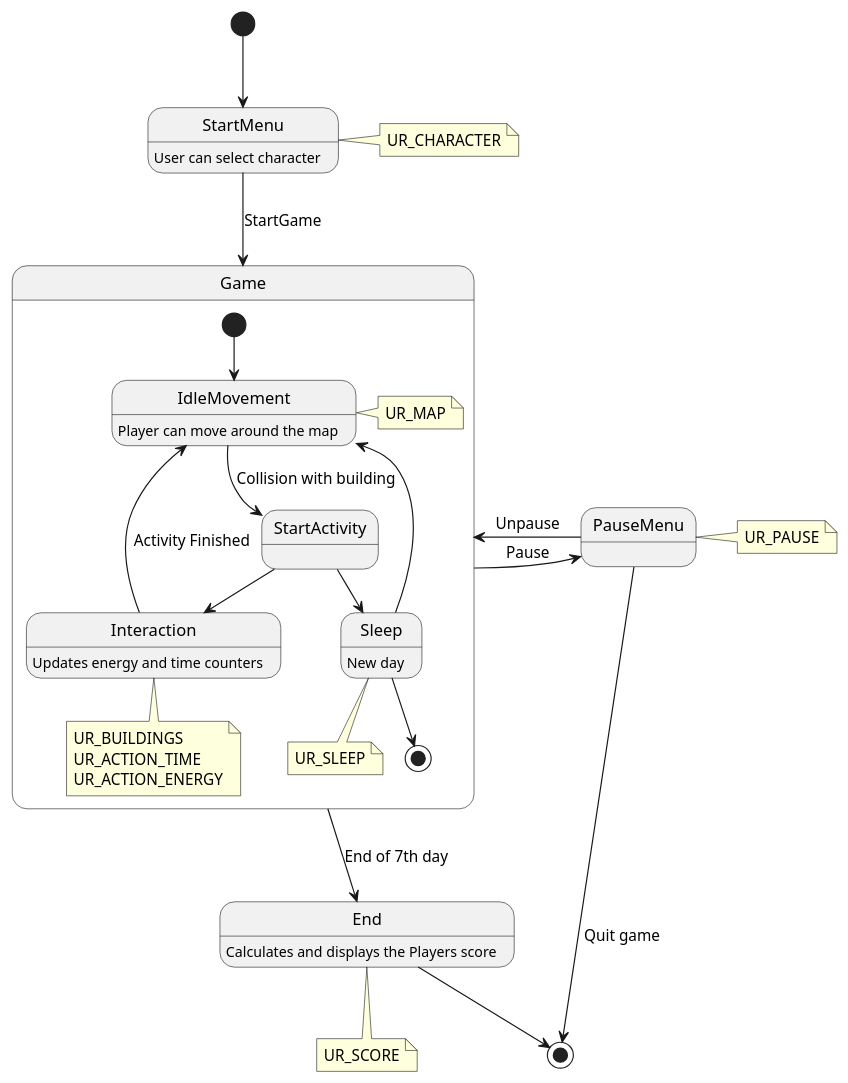
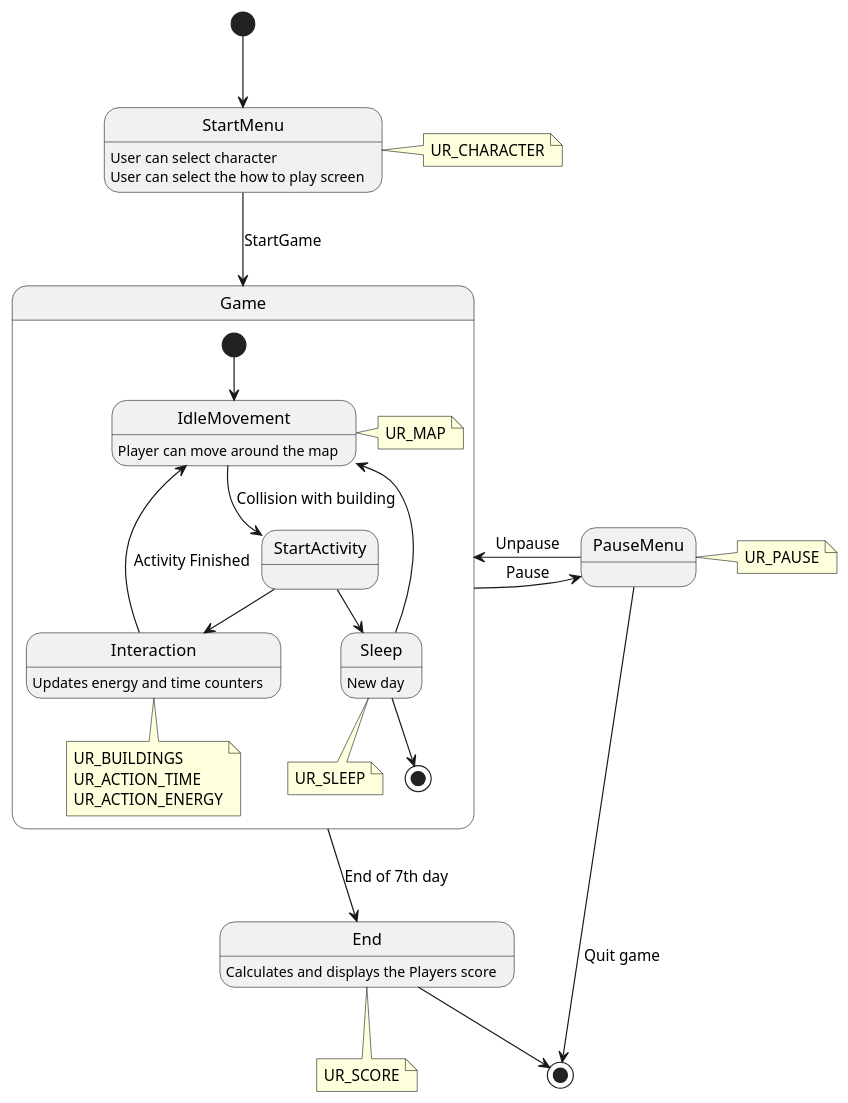
The diagram in UML_Diagrams/StateDiagram.puml (Mxtt-smith/Group-12-ENG1), drawn with PlantUML before and after one commit. The commit also changed 2 other files, not shown here.

Commit message:
added class diagrams

```diff
--- a/UML_Diagrams/StateDiagram.puml
+++ b/UML_Diagrams/StateDiagram.puml
@@ -1,67 +1,69 @@
 @startuml
 'https://plantuml.com/state-diagram
 
 [*] --> StartMenu
 
 state StartMenu {
     StartMenu: User can select character
+    StartMenu: User can select the how to play screen
 }
+
 
 state Game{
     [*] --> IdleMovement
 
     IdleMovement: Player can move around the map
 
     IdleMovement --> StartActivity :Collision with building
     StartActivity -down-> Interaction
     StartActivity  --> Sleep
     Interaction -up-> IdleMovement:Activity Finished
     Interaction: Updates energy and time counters
     Sleep:New day
     Sleep --> IdleMovement
     Sleep --> [*]
 
     note bottom of Sleep
     UR_SLEEP
     end note
 
     note bottom of Interaction
     UR_BUILDINGS
     UR_ACTION_TIME
     UR_ACTION_ENERGY
     end note
 
     note right of IdleMovement
     UR_MAP
     end note
 }
 
 state End{
     End:Calculates and displays the Players score
 }
 
 state PauseMenu{
 
 }
 
 StartMenu -down-> Game: StartGame
 Game -> PauseMenu: Pause
 Game <- PauseMenu: Unpause
 Game -down-> End: End of 7th day
 End -down-> [*]
 PauseMenu -down-> [*] : Quit game
 
 note right of StartMenu
 UR_CHARACTER
 end note
 
 note right of PauseMenu
 UR_PAUSE
 end note
 
 note bottom of End
 UR_SCORE
 end note
 
 
 @enduml
```
